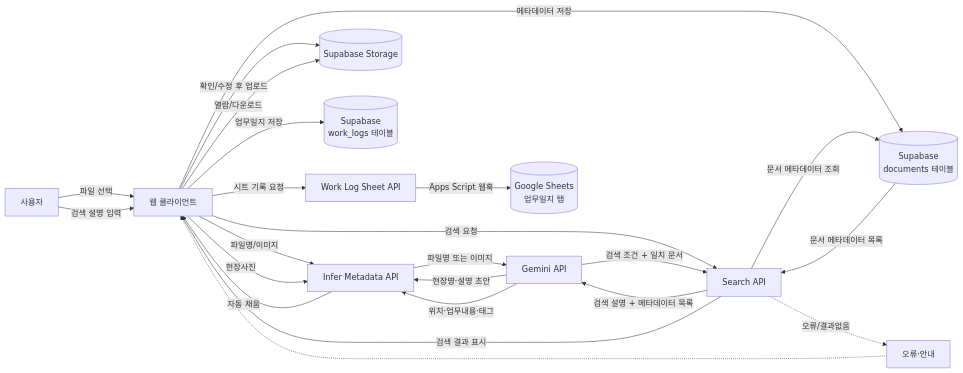
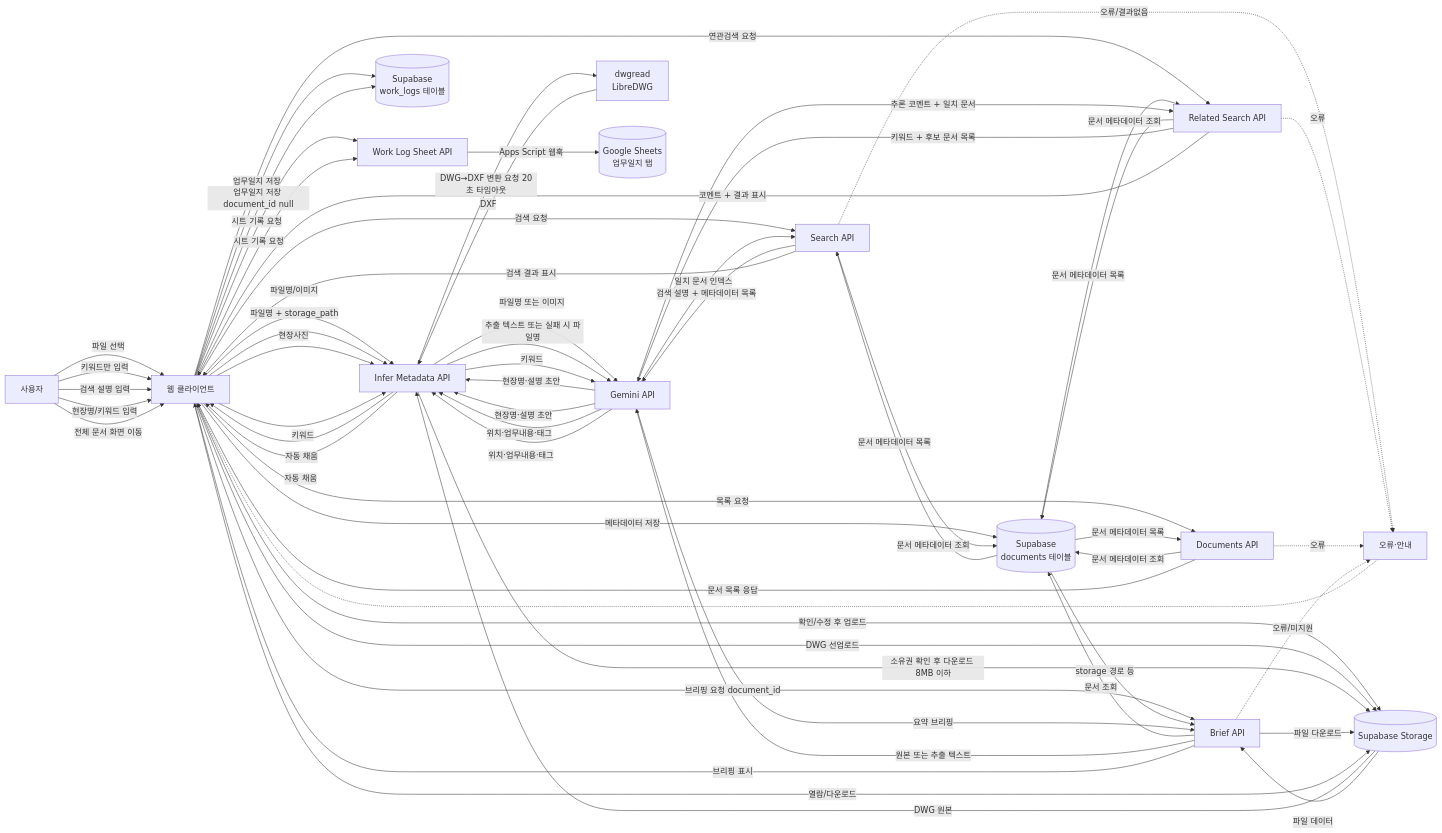
Before and after one commit to ThanksZ-hash/javis: the diagram in 기획서.md, drawn with Mermaid. The commit also changed other lines of this file and 27 other files, not shown here.

First line of the commit message:
Add DWG/DXF drawing pipeline, luxury UI redesign, and help hub page

````diff
--- a/기획서.md
+++ b/기획서.md
@@ -171,26 +175,79 @@
 ```mermaid
 flowchart LR
+    %% 문서 업로드 + AI 자동 태깅
     U[사용자] -->|파일 선택| WEB[웹 클라이언트]
     WEB -->|파일명/이미지| IAPI[Infer Metadata API]
     IAPI -->|파일명 또는 이미지| AI[Gemini API]
     AI -->|현장명·설명 초안| IAPI
     IAPI -->|자동 채움| WEB
     WEB -->|확인/수정 후 업로드| STG[(Supabase Storage)]
     WEB -->|메타데이터 저장| DB[(Supabase\ndocuments 테이블)]
+
+    %% DWG 도면 자동 인식
+    WEB -->|DWG 선업로드| STG
+    WEB -->|파일명 + storage_path| IAPI
+    IAPI -->|소유권 확인 후 다운로드 8MB 이하| STG
+    STG -->|DWG 원본| IAPI
+    IAPI -->|DWG→DXF 변환 요청 20초 타임아웃| DWGR[dwgread\nLibreDWG]
+    DWGR -->|DXF| IAPI
+    IAPI -->|추출 텍스트 또는 실패 시 파일명| AI
+    AI -->|현장명·설명 초안| IAPI
+
+    %% 현장사진 업무일지
     WEB -->|현장사진| IAPI
     AI -->|위치·업무내용·태그| IAPI
     WEB -->|업무일지 저장| WDB[(Supabase\nwork_logs 테이블)]
     WEB -->|시트 기록 요청| WAPI[Work Log Sheet API]
     WAPI -->|Apps Script 웹훅| SHEET[(Google Sheets\n업무일지 탭)]
 
+    %% 키워드 업무일지 (사진 없음, documents 미생성)
+    U -->|키워드만 입력| WEB
+    WEB -->|키워드| IAPI
+    IAPI -->|키워드| AI
+    AI -->|위치·업무내용·태그| IAPI
+    IAPI -->|자동 채움| WEB
+    WEB -->|업무일지 저장 document_id null| WDB
+    WEB -->|시트 기록 요청| WAPI
+
+    %% 자연어 검색
     U -->|검색 설명 입력| WEB
     WEB -->|검색 요청| SAPI[Search API]
     SAPI -->|문서 메타데이터 조회| DB
     DB -->|문서 메타데이터 목록| SAPI
     SAPI -->|검색 설명 + 메타데이터 목록| AI
-    AI -->|검색 조건 + 일치 문서| SAPI
+    AI -->|일치 문서 인덱스| SAPI
     SAPI -->|검색 결과 표시| WEB
+    SAPI -.오류/결과없음.-> ERR[오류·안내]
+
+    %% 연관검색 (현장명·키워드 기반 추론)
+    U -->|현장명/키워드 입력| WEB
+    WEB -->|연관검색 요청| RAPI[Related Search API]
+    RAPI -->|문서 메타데이터 조회| DB
+    DB -->|문서 메타데이터 목록| RAPI
+    RAPI -->|키워드 + 후보 문서 목록| AI
+    AI -->|추론 코멘트 + 일치 문서| RAPI
+    RAPI -->|코멘트 + 결과 표시| WEB
+    RAPI -.오류.-> ERR
+
+    %% 전체 문서 목록
+    U -->|전체 문서 화면 이동| WEB
+    WEB -->|목록 요청| DAPI[Documents API]
+    DAPI -->|문서 메타데이터 조회| DB
+    DB -->|문서 메타데이터 목록| DAPI
+    DAPI -->|문서 목록 응답| WEB
+    DAPI -.오류.-> ERR
+
+    %% AI 브리핑 (문서 요약)
+    WEB -->|브리핑 요청 document_id| BAPI[Brief API]
+    BAPI -->|문서 조회| DB
+    DB -->|storage 경로 등| BAPI
+    BAPI -->|파일 다운로드| STG
+    STG -->|파일 데이터| BAPI
+    BAPI -->|원본 또는 추출 텍스트| AI
+    AI -->|요약 브리핑| BAPI
+    BAPI -->|브리핑 표시| WEB
+    BAPI -.오류/미지원.-> ERR
+
     WEB -->|열람/다운로드| STG
-    SAPI -.오류/결과없음.-> ERR[오류·안내]
     ERR -.-> WEB
 ```
````
